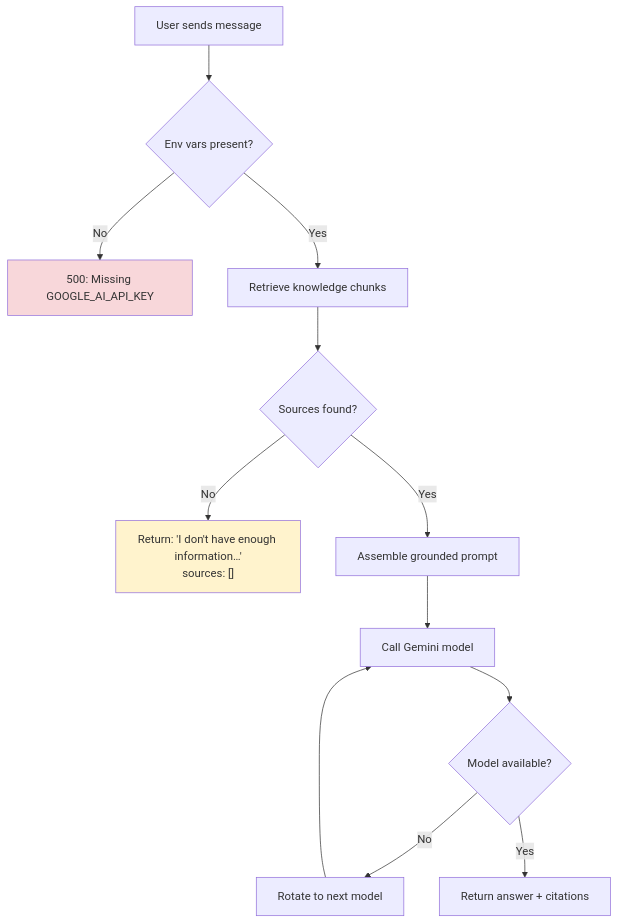
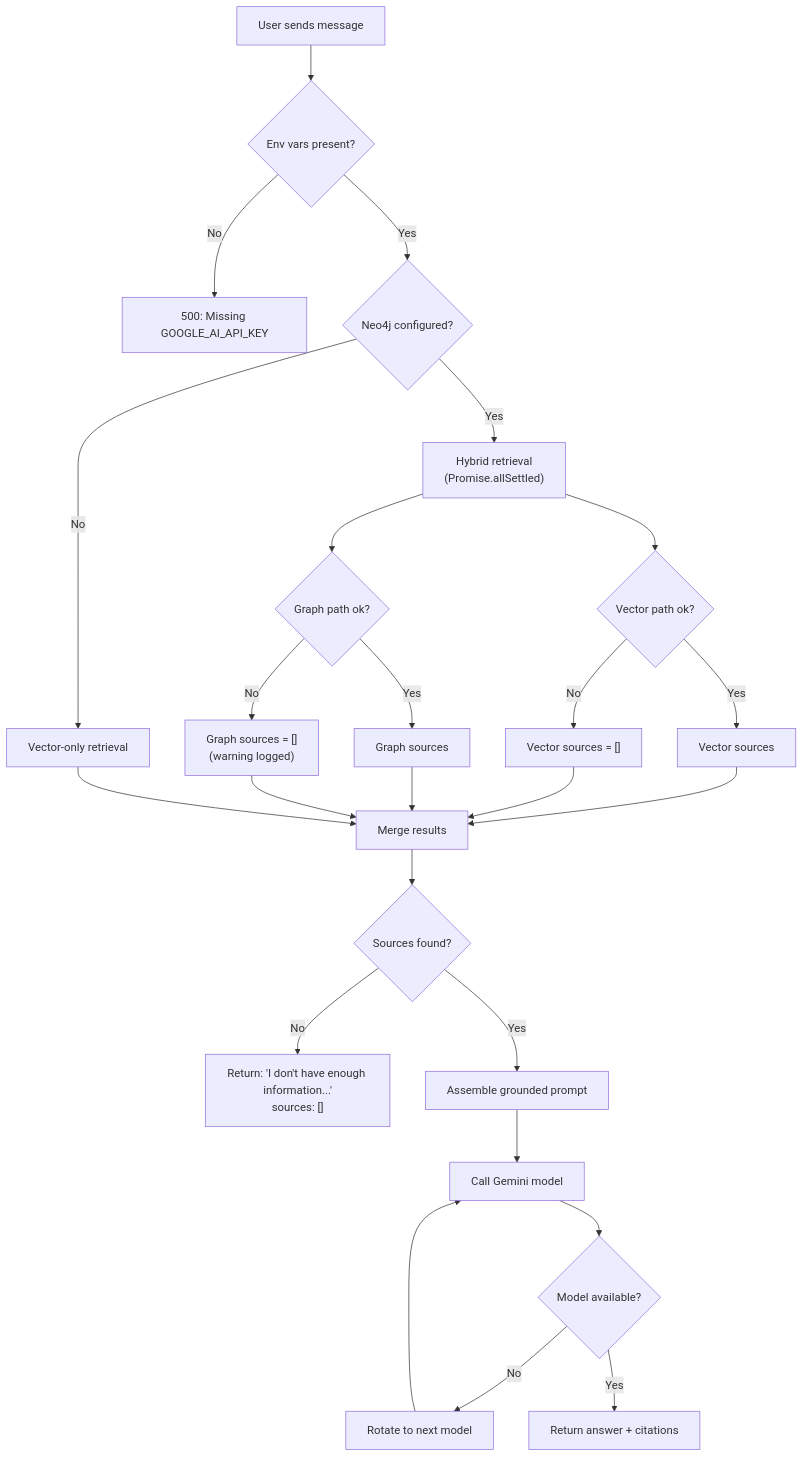
Before and after one commit to hoangsonww/AI-RAG-Assistant-Chatbot: diagram 11 of 11 in RAG.md, drawn with Mermaid. The commit also changed other lines of this file and 32 other files, not shown here.

First line of the commit message:
feat(rag): add hybrid Pinecone+Neo4j retrieval, graph ingestion, and CLI graph management

````diff
--- a/RAG.md
+++ b/RAG.md
@@ -538,17 +1001,32 @@
 ```mermaid
 flowchart TD
   A["User sends message"] --> B{Env vars present?}
   B -- No --> ERR1["500: Missing GOOGLE_AI_API_KEY"]
-  B -- Yes --> C["Retrieve knowledge chunks"]
-  C --> D{Sources found?}
-  D -- No --> FALL["Return: 'I don't have enough information…'<br/>sources: []"]
+  B -- Yes --> N{Neo4j configured?}
+  N -- Yes --> HYB["Hybrid retrieval<br/>(Promise.allSettled)"]
+  N -- No --> VEC["Vector-only retrieval"]
+
+  HYB --> VRES{Vector path ok?}
+  VRES -- Yes --> VSRC["Vector sources"]
+  VRES -- No --> VSRC_EMPTY["Vector sources = []"]
+
+  HYB --> GRES{Graph path ok?}
+  GRES -- Yes --> GSRC["Graph sources"]
+  GRES -- No --> GSRC_EMPTY["Graph sources = []<br/>(warning logged)"]
+
+  VSRC --> MERGE["Merge results"]
+  VSRC_EMPTY --> MERGE
+  GSRC --> MERGE
+  GSRC_EMPTY --> MERGE
+
+  VEC --> MERGE
+
+  MERGE --> D{Sources found?}
+  D -- No --> FALL["Return: 'I don't have enough information...'<br/>sources: []"]
   D -- Yes --> E["Assemble grounded prompt"]
   E --> F["Call Gemini model"]
   F --> G{Model available?}
   G -- No --> H["Rotate to next model"]
   H --> F
   G -- Yes --> I["Return answer + citations"]
-
-  style FALL fill:#fff3cd
-  style ERR1 fill:#f8d7da
 ```
````
